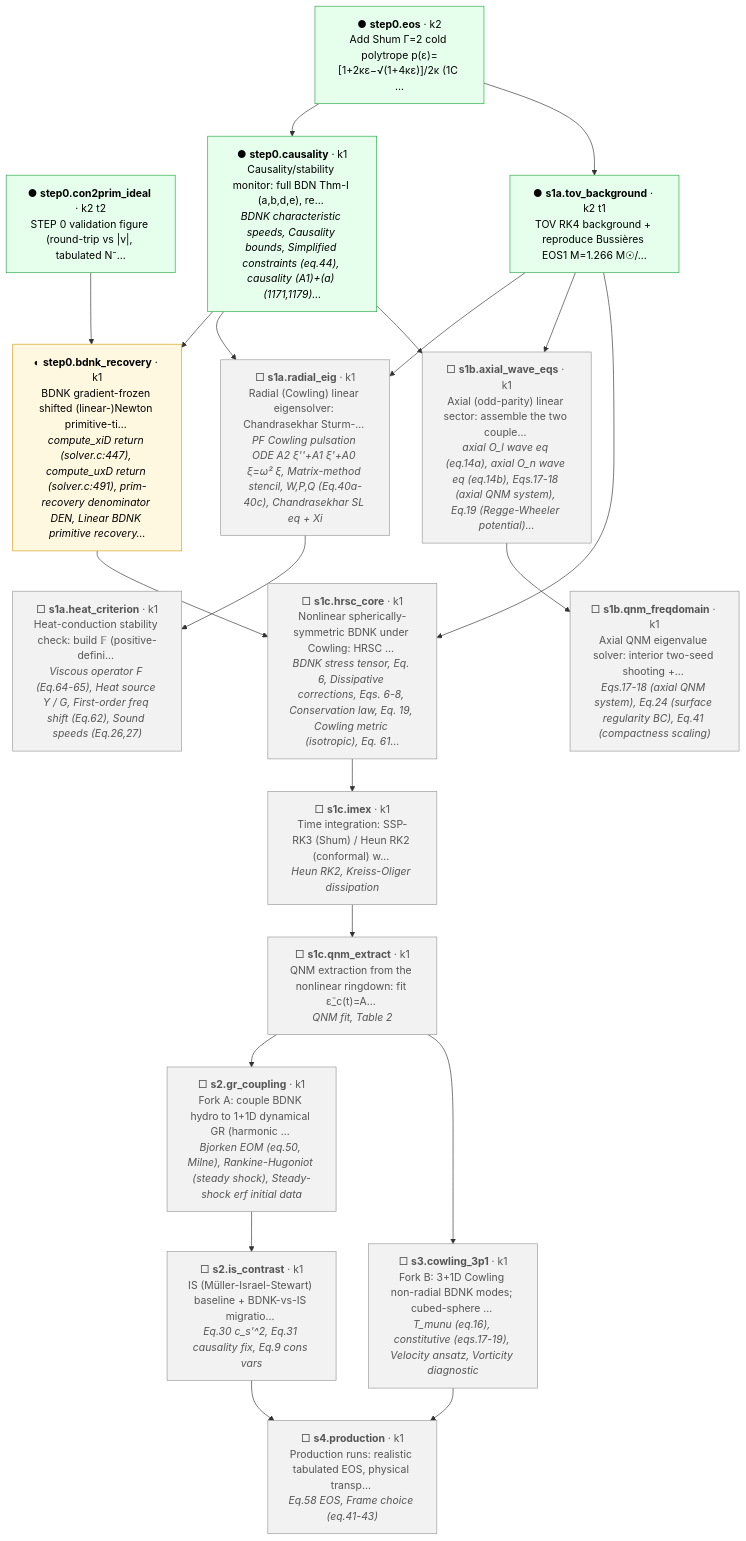
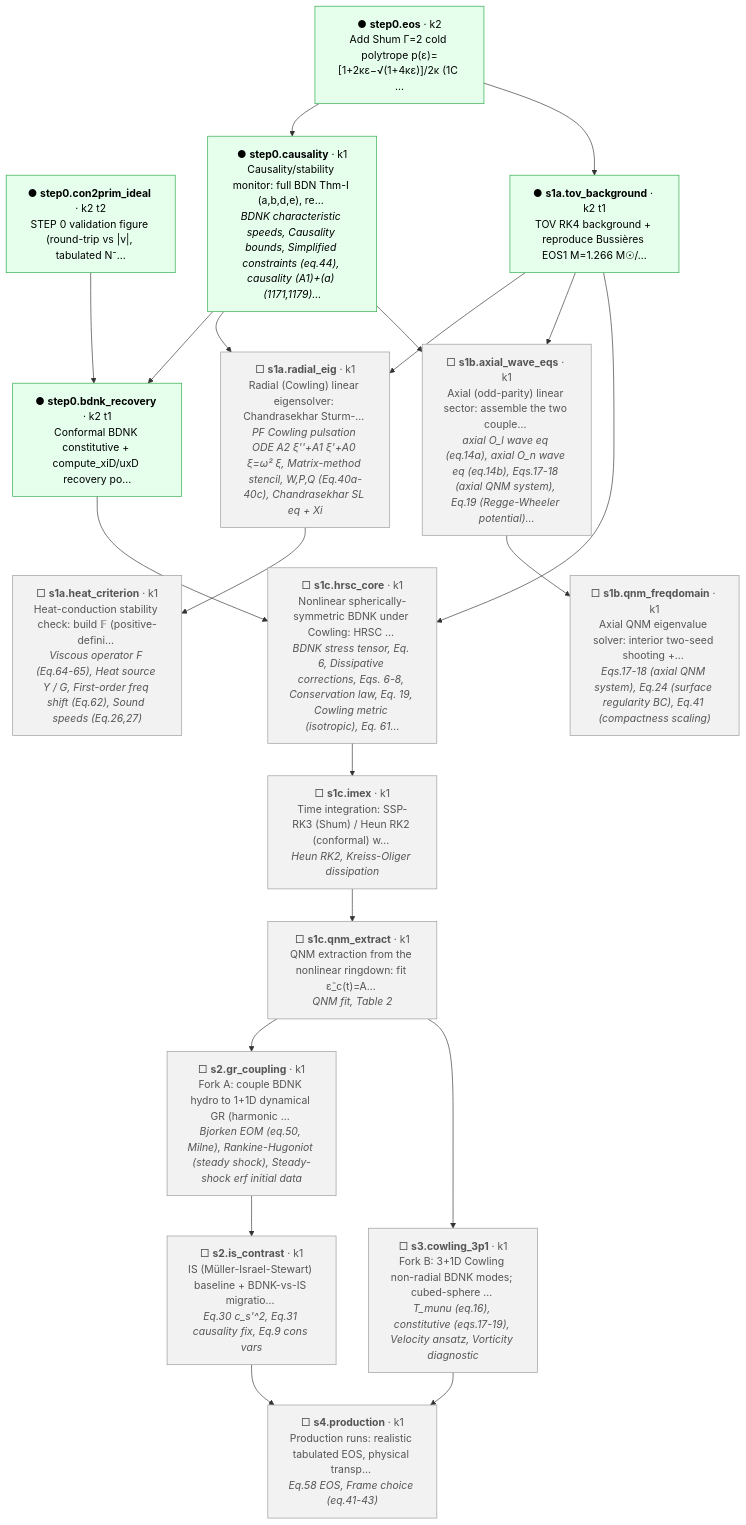
The diagram in progress/dag/project_dag.md (FoAKTEE/BDNK), drawn with Mermaid before and after one commit. The commit also changed 8 other files, not shown here.

First line of the commit message:
feat(conformal): reproduce conformal BDNK recovery + RH steady shock

````diff
--- a/progress/dag/project_dag.md
+++ b/progress/dag/project_dag.md
@@ -5,44 +5,44 @@
 ```mermaid
 flowchart TD
   n_step0_eos["● <b>step0.eos</b> · k2<br/>Add Shum Γ=2 cold polytrope p(ε)=[1+2κε−√(1+4κε)]/2κ (1C …"]:::solid
   n_step0_con2prim_ideal["● <b>step0.con2prim_ideal</b> · k2 t2<br/>STEP 0 validation figure (round-trip vs |v|, tabulated N⁻…"]:::solid
   n_step0_causality["● <b>step0.causality</b> · k1<br/>Causality/stability monitor: full BDN Thm-I (a,b,d,e), re… <br/><i>BDNK characteristic speeds, Causality bounds, Simplified constraints (eq.44), causality (A1)+(a) (1171,1179)…</i>"]:::solid
-  n_step0_bdnk_recovery["◐ <b>step0.bdnk_recovery</b> · k1<br/>BDNK gradient-frozen shifted (linear-)Newton primitive-ti… <br/><i>compute_xiD return (solver.c:447), compute_uxD return (solver.c:491), prim-recovery denominator DEN, Linear BDNK primitive recovery…</i>"]:::preliminary
+  n_step0_bdnk_recovery["● <b>step0.bdnk_recovery</b> · k2 t1<br/>Conformal BDNK constitutive + compute_xiD/uxD recovery po…"]:::solid
   n_s1a_tov_background["● <b>s1a.tov_background</b> · k2 t1<br/>TOV RK4 background + reproduce Bussières EOS1 M=1.266 M☉/…"]:::solid
   n_s1a_radial_eig["□ <b>s1a.radial_eig</b> · k1<br/>Radial (Cowling) linear eigensolver: Chandrasekhar Sturm-… <br/><i>PF Cowling pulsation ODE A2 ξ''+A1 ξ'+A0 ξ=ω² ξ, Matrix-method stencil, W,P,Q (Eq.40a-40c), Chandrasekhar SL eq + Xi</i>"]:::future
   n_s1a_heat_criterion["□ <b>s1a.heat_criterion</b> · k1<br/>Heat-conduction stability check: build 𝔽 (positive-defini… <br/><i>Viscous operator F (Eq.64-65), Heat source Y / G, First-order freq shift (Eq.62), Sound speeds (Eq.26,27)</i>"]:::future
   n_s1b_axial_wave_eqs["□ <b>s1b.axial_wave_eqs</b> · k1<br/>Axial (odd-parity) linear sector: assemble the two couple… <br/><i>axial O_l wave eq (eq.14a), axial O_n wave eq (eq.14b), Eqs.17-18 (axial QNM system), Eq.19 (Regge-Wheeler potential)…</i>"]:::future
   n_s1b_qnm_freqdomain["□ <b>s1b.qnm_freqdomain</b> · k1<br/>Axial QNM eigenvalue solver: interior two-seed shooting +… <br/><i>Eqs.17-18 (axial QNM system), Eq.24 (surface regularity BC), Eq.41 (compactness scaling)</i>"]:::future
   n_s1c_hrsc_core["□ <b>s1c.hrsc_core</b> · k1<br/>Nonlinear spherically-symmetric BDNK under Cowling: HRSC … <br/><i>BDNK stress tensor, Eq. 6, Dissipative corrections, Eqs. 6-8, Conservation law, Eq. 19, Cowling metric (isotropic), Eq. 61…</i>"]:::future
   n_s1c_imex["□ <b>s1c.imex</b> · k1<br/>Time integration: SSP-RK3 (Shum) / Heun RK2 (conformal) w… <br/><i>Heun RK2, Kreiss-Oliger dissipation</i>"]:::future
   n_s1c_qnm_extract["□ <b>s1c.qnm_extract</b> · k1<br/>QNM extraction from the nonlinear ringdown: fit ε̃_c(t)=A… <br/><i>QNM fit, Table 2</i>"]:::future
   n_s2_gr_coupling["□ <b>s2.gr_coupling</b> · k1<br/>Fork A: couple BDNK hydro to 1+1D dynamical GR (harmonic … <br/><i>Bjorken EOM (eq.50, Milne), Rankine-Hugoniot (steady shock), Steady-shock erf initial data</i>"]:::future
   n_s2_is_contrast["□ <b>s2.is_contrast</b> · k1<br/>IS (Müller-Israel-Stewart) baseline + BDNK-vs-IS migratio… <br/><i>Eq.30 c_s'^2, Eq.31 causality fix, Eq.9 cons vars</i>"]:::future
   n_s3_cowling_3p1["□ <b>s3.cowling_3p1</b> · k1<br/>Fork B: 3+1D Cowling non-radial BDNK modes; cubed-sphere … <br/><i>T_munu (eq.16), constitutive (eqs.17-19), Velocity ansatz, Vorticity diagnostic</i>"]:::future
   n_s4_production["□ <b>s4.production</b> · k1<br/>Production runs: realistic tabulated EOS, physical transp… <br/><i>Eq.58 EOS, Frame choice (eq.41-43)</i>"]:::future
   n_step0_eos --> n_step0_causality
   n_step0_con2prim_ideal --> n_step0_bdnk_recovery
   n_step0_causality --> n_step0_bdnk_recovery
   n_step0_eos --> n_s1a_tov_background
   n_s1a_tov_background --> n_s1a_radial_eig
   n_step0_causality --> n_s1a_radial_eig
   n_s1a_radial_eig --> n_s1a_heat_criterion
   n_s1a_tov_background --> n_s1b_axial_wave_eqs
   n_step0_causality --> n_s1b_axial_wave_eqs
   n_s1b_axial_wave_eqs --> n_s1b_qnm_freqdomain
   n_step0_bdnk_recovery --> n_s1c_hrsc_core
   n_s1a_tov_background --> n_s1c_hrsc_core
   n_s1c_hrsc_core --> n_s1c_imex
   n_s1c_imex --> n_s1c_qnm_extract
   n_s1c_qnm_extract --> n_s2_gr_coupling
   n_s2_gr_coupling --> n_s2_is_contrast
   n_s1c_qnm_extract --> n_s3_cowling_3p1
   n_s2_is_contrast --> n_s4_production
   n_s3_cowling_3p1 --> n_s4_production
   classDef solid fill:#e6ffed,stroke:#28a745,color:#000;
   classDef preliminary fill:#fff8e1,stroke:#d4a017,color:#000;
   classDef hypothesis fill:#e7f0ff,stroke:#4977c7,color:#000;
   classDef blocking fill:#ffe3e3,stroke:#d33,color:#000;
   classDef future fill:#f2f2f2,stroke:#999,color:#555;
   classDef amended fill:#f0f0f0,stroke:#aaa,color:#888;
 ```
````
